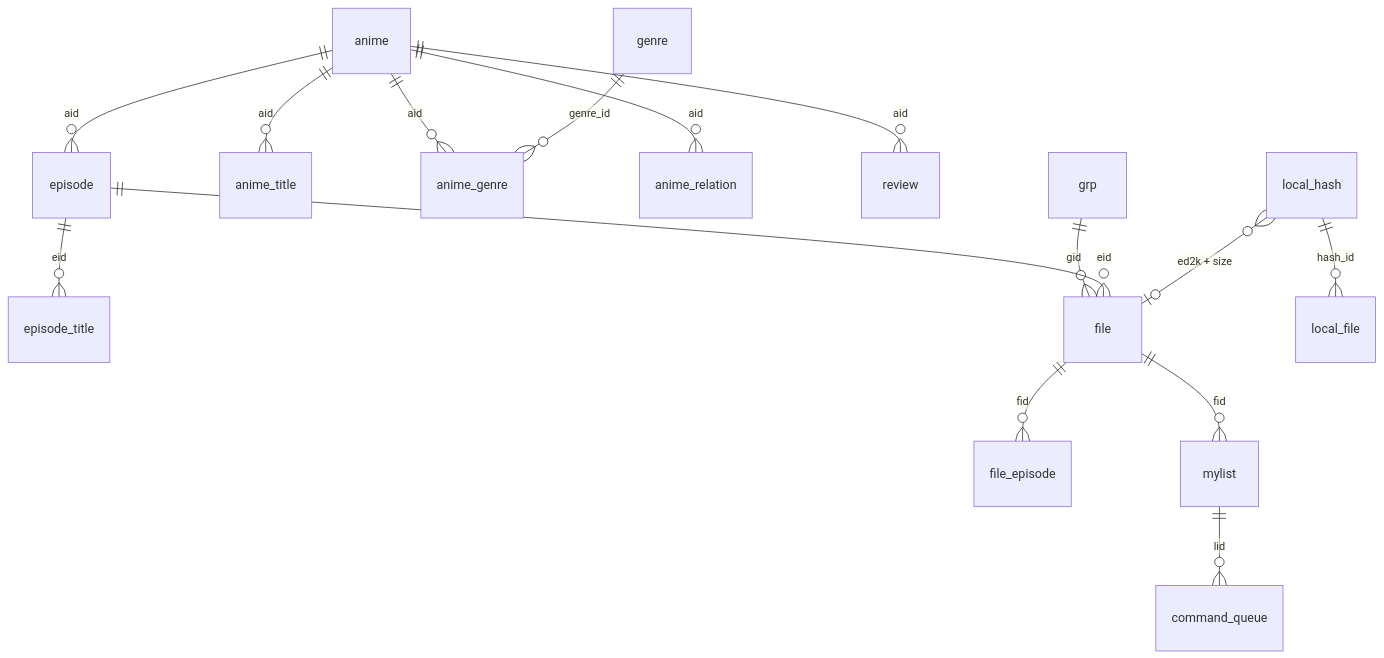
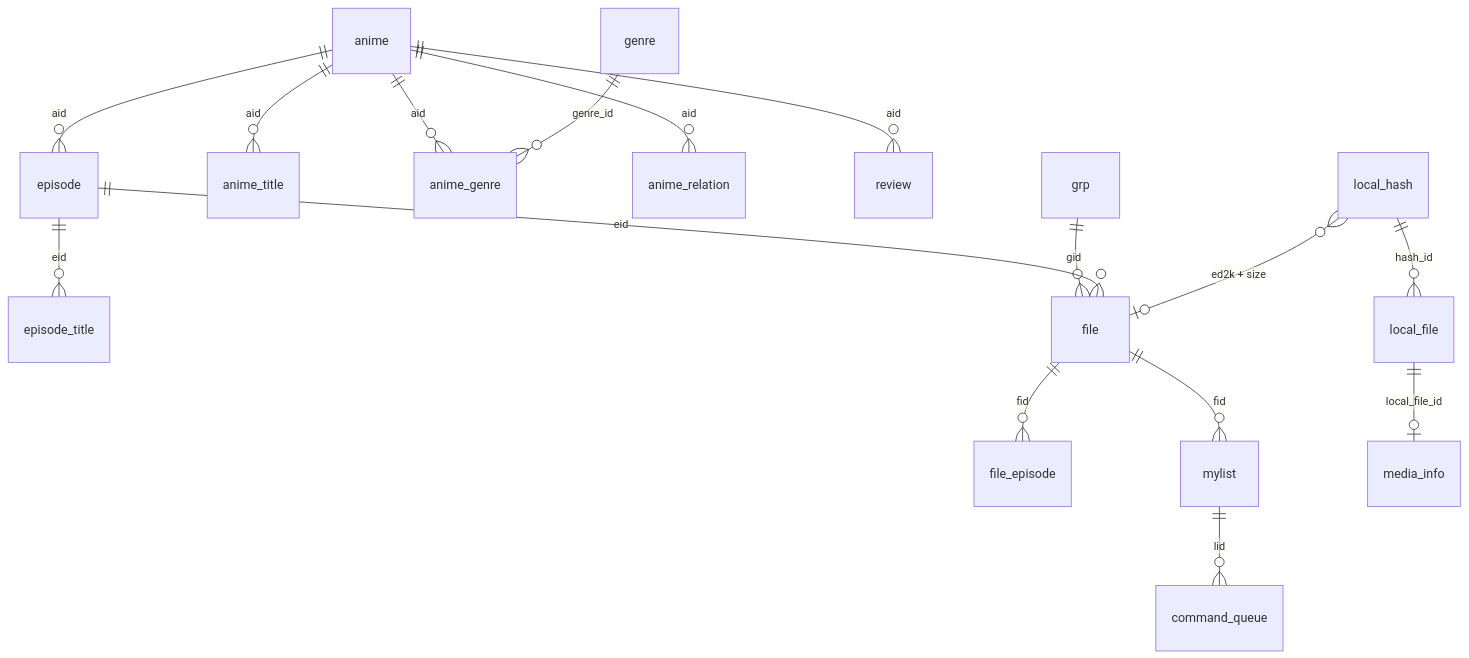
The diagram in docs/storage-and-network.md (RetroHazard/animatic), drawn with Mermaid before and after one commit. The commit also changed other lines of this file and 110 other files, not shown here.

First line of the commit message:
Implement the roadmap (M1–M8) (#15)

````diff
--- a/docs/storage-and-network.md
+++ b/docs/storage-and-network.md
@@ -98,17 +112,18 @@
 ```mermaid
 erDiagram
     anime ||--o{ episode : aid
     anime ||--o{ anime_title : aid
     anime ||--o{ anime_genre : aid
     genre ||--o{ anime_genre : genre_id
     anime ||--o{ anime_relation : aid
     anime ||--o{ review : aid
     episode ||--o{ episode_title : eid
     grp ||--o{ file : gid
     episode ||--o{ file : eid
     file ||--o{ file_episode : fid
     file ||--o{ mylist : fid
     local_hash ||--o{ local_file : hash_id
+    local_file ||--o| media_info : local_file_id
     local_hash }o--o| file : "ed2k + size"
     mylist ||--o{ command_queue : lid
 ```
````
